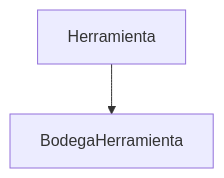
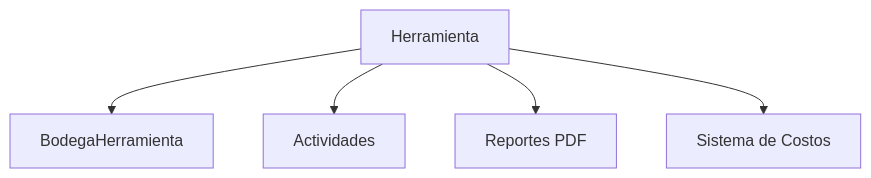
The diagram in documentacion_agrosoft/src/content/docs/modules/inventario/herramientas.md (angela1705/ApiAgrosoftProyecto), drawn with Mermaid before and after one commit. The commit also changed other lines of this file and 20 other files, not shown here.

````diff
--- a/documentacion_agrosoft/src/content/docs/modules/inventario/herramientas.md
+++ b/documentacion_agrosoft/src/content/docs/modules/inventario/herramientas.md
@@ -152,4 +377,7 @@
 ```mermaid
 graph TD
     A[Herramienta] --> B[BodegaHerramienta]
+    A --> C[Actividades]
+    A --> D[Reportes PDF]
+    A --> E[Sistema de Costos]
 ```
````
